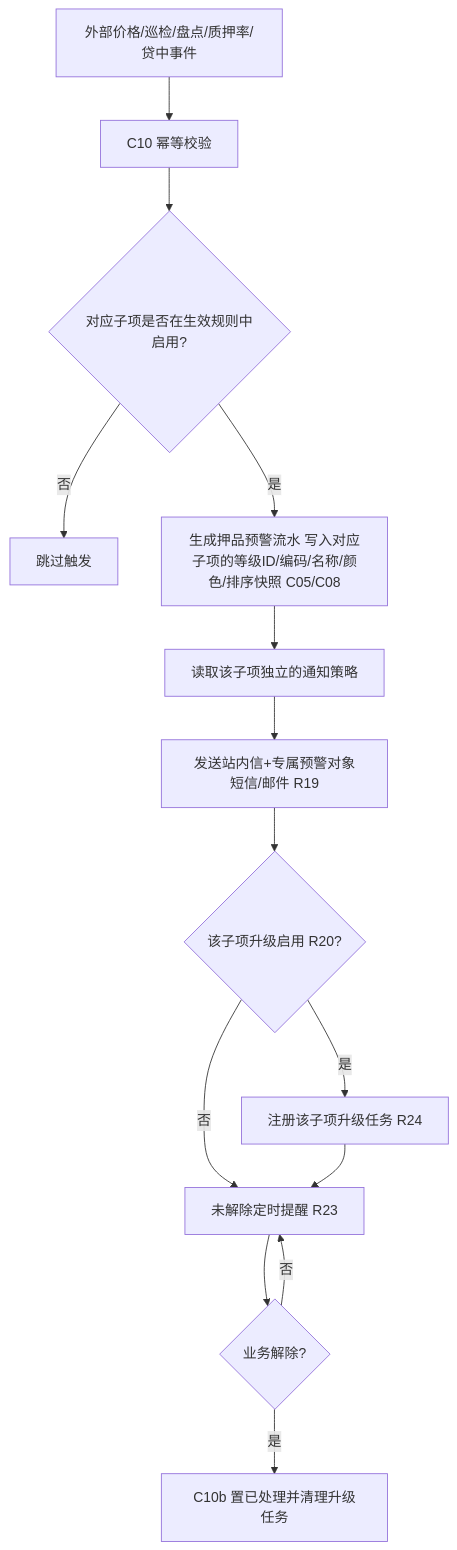
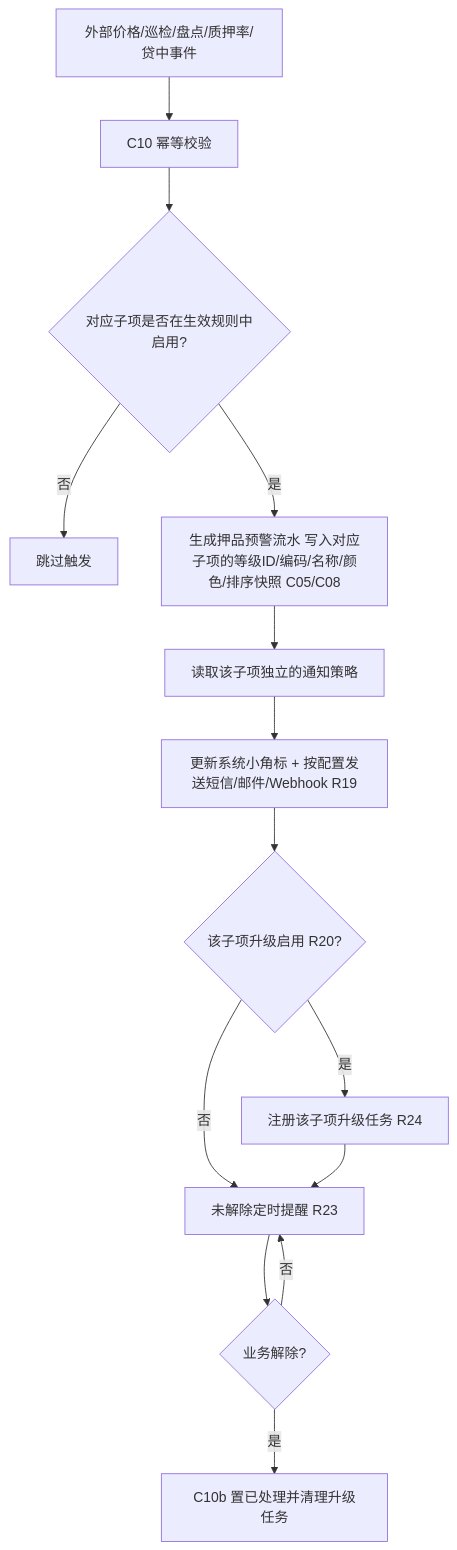
The third of 3 diagrams in 02-PRD文档/B-迭代需求/6.2版本（2026.08）/03-预警配置/03订单预警配置/订单预警配置业务规则规格.md (RobertHuang999/SYZC), drawn with Mermaid before and after one commit. The commit also changed other lines of this file and 129 other files, not shown here.

````diff
--- a/02-PRD文档/B-迭代需求/6.2版本（2026.08）/03-预警配置/03订单预警配置/订单预警配置业务规则规格.md
+++ b/02-PRD文档/B-迭代需求/6.2版本（2026.08）/03-预警配置/03订单预警配置/订单预警配置业务规则规格.md
@@ -350,16 +350,16 @@
 ```mermaid
 flowchart TD
     A[外部价格/巡检/盘点/质押率/贷中事件] --> B[C10 幂等校验]
     B --> C{对应子项是否在生效规则中启用?}
     C -- 否 --> C1[跳过触发]
     C -- 是 --> D[生成押品预警流水 写入对应子项的等级ID/编码/名称/颜色/排序快照 C05/C08]
     D --> E[读取该子项独立的通知策略]
-    E --> F[发送站内信+专属预警对象短信/邮件 R19]
+    E --> F[更新系统小角标 + 按配置发送短信/邮件/Webhook R19]
     F --> G{该子项升级启用 R20?}
     G -- 是 --> H[注册该子项升级任务 R24]
     G -- 否 --> I[未解除定时提醒 R23]
     H --> I
     I --> J{业务解除?}
     J -- 是 --> K[C10b 置已处理并清理升级任务]
     J -- 否 --> I
 ```
````
